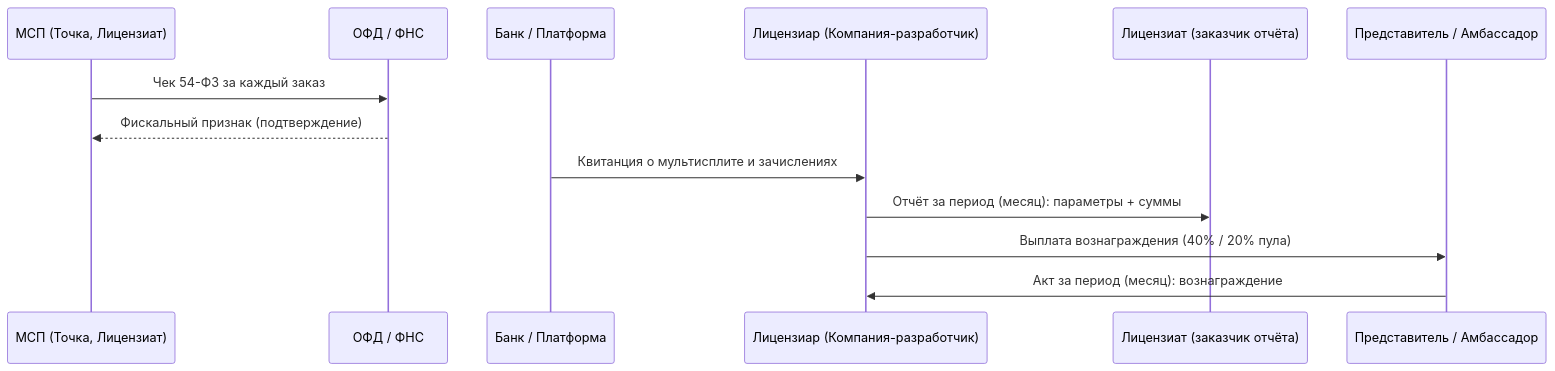
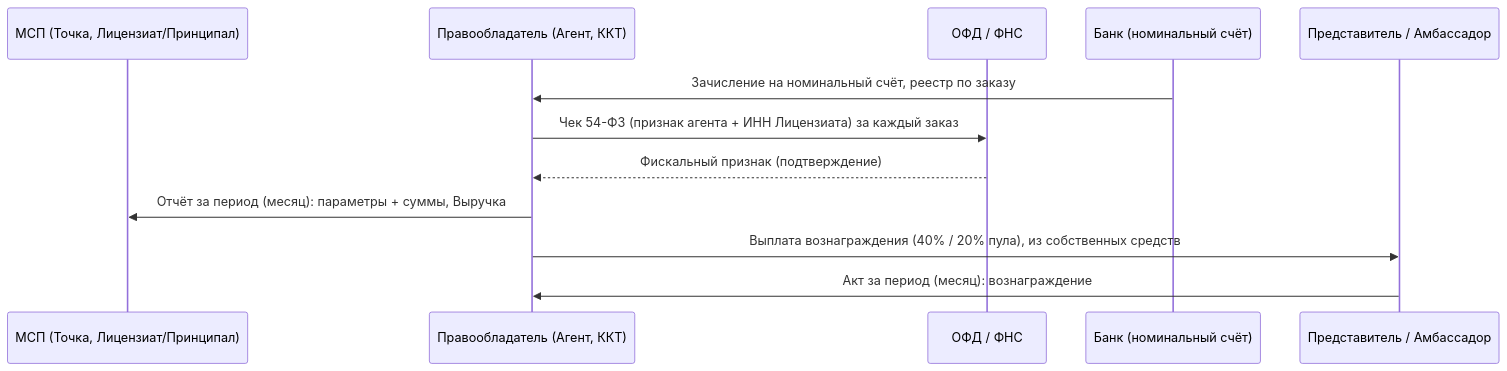
One commit to axiiom-ru/lovii changed the third of 3 diagrams in docs/money_flow_public.md. Above: the diagram before and after it, drawn with Mermaid. The commit also changed other lines of this file, not shown here.

````diff
--- a/docs/money_flow_public.md
+++ b/docs/money_flow_public.md
@@ -113,15 +147,14 @@
 ```mermaid
 sequenceDiagram
-    participant M as МСП (Точка, Лицензиат)
+    participant M as МСП (Точка, Лицензиат/Принципал)
+    participant P as Правообладатель (Агент, ККТ)
     participant O as ОФД / ФНС
-    participant B as Банк / Платформа
-    participant L as Лицензиар (Компания-разработчик)
-    participant Li as Лицензиат (заказчик отчёта)
+    participant B as Банк (номинальный счёт)
     participant R as Представитель / Амбассадор
-    M->>O: Чек 54-ФЗ за каждый заказ
-    O-->>M: Фискальный признак (подтверждение)
-    B->>L: Квитанция о мультисплите и зачислениях
-    L->>Li: Отчёт за период (месяц): параметры + суммы
-    L->>R: Выплата вознаграждения (40% / 20% пула)
-    R->>L: Акт за период (месяц): вознаграждение
+    B->>P: Зачисление на номинальный счёт, реестр по заказу
+    P->>O: Чек 54-ФЗ (признак агента + ИНН Лицензиата) за каждый заказ
+    O-->>P: Фискальный признак (подтверждение)
+    P->>M: Отчёт за период (месяц): параметры + суммы, Выручка
+    P->>R: Выплата вознаграждения (40% / 20% пула), из собственных средств
+    R->>P: Акт за период (месяц): вознаграждение
 ```
````
